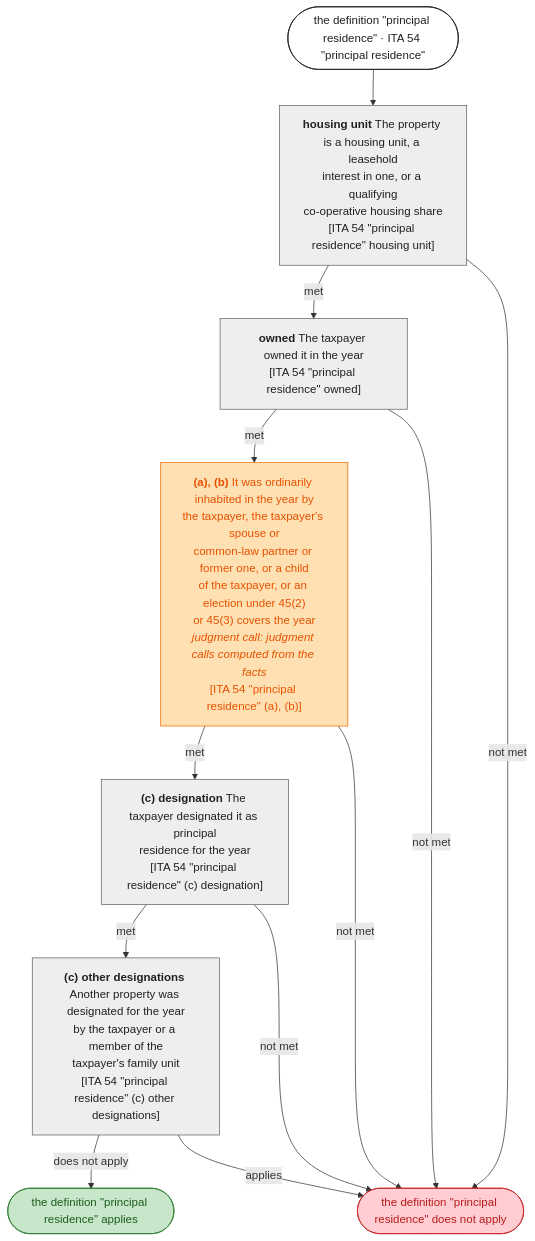
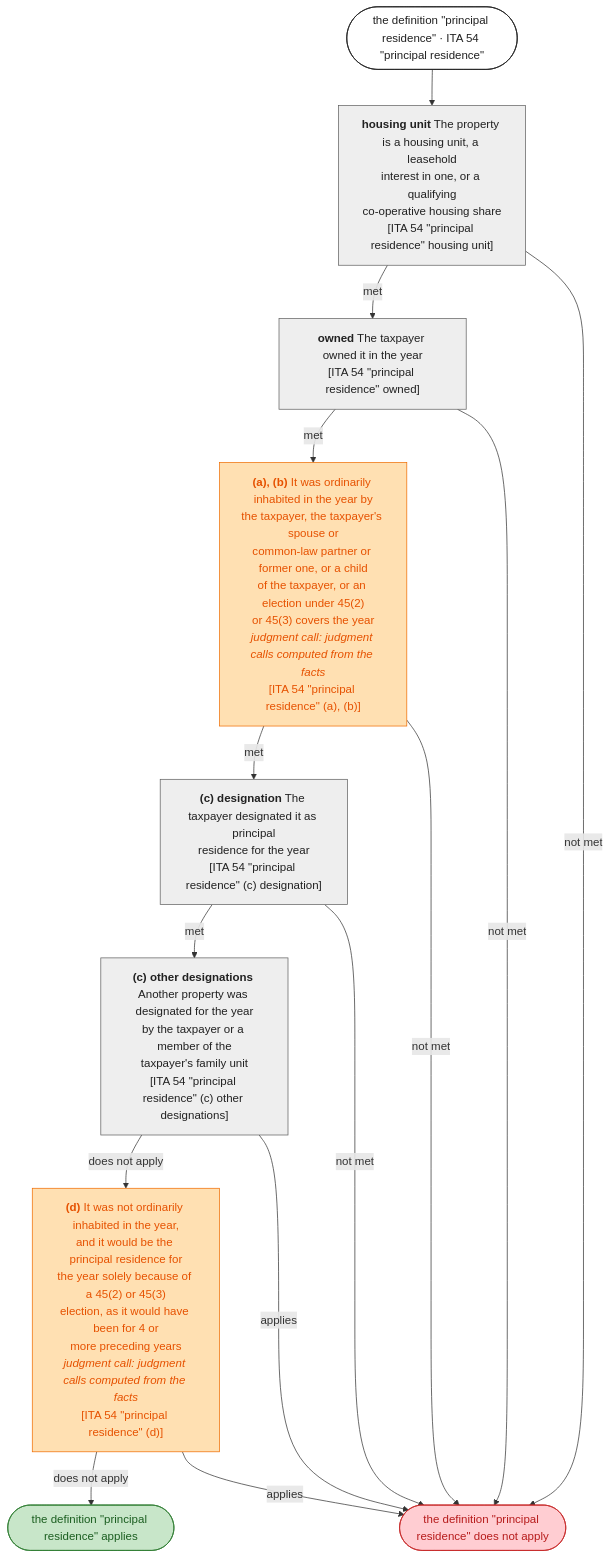
Diagram 11 of 20 in docs/graphs/flowcharts.md (SeanWMurray/Canteen), drawn with Mermaid before and after one commit. The commit also changed other lines of this file and 18 other files, not shown here.

First line of the commit message:
Encode change in use: 45(1) to (4), and principal residence (d)

````diff
--- a/docs/graphs/flowcharts.md
+++ b/docs/graphs/flowcharts.md
@@ -277,28 +277,31 @@
 ```mermaid
 flowchart TD
   S(["the definition #quot;principal residence#quot; · ITA 54 #quot;principal residence#quot;"]):::start
   C0["<b>housing unit</b> The property is a housing unit, a leasehold<br/>interest in one, or a qualifying<br/>co-operative housing share<br/>[ITA 54 #quot;principal residence#quot; housing unit]"]:::fact
   C1["<b>owned</b> The taxpayer owned it in the year<br/>[ITA 54 #quot;principal residence#quot; owned]"]:::fact
   C2["<b>(a), (b)</b> It was ordinarily inhabited in the year by<br/>the taxpayer, the taxpayer's spouse or<br/>common-law partner or former one, or a child<br/>of the taxpayer, or an election under 45(2)<br/>or 45(3) covers the year<br/><i>judgment call: judgment calls computed from the facts</i><br/>[ITA 54 #quot;principal residence#quot; (a), (b)]"]:::judgment
   C3["<b>(c) designation</b> The taxpayer designated it as principal<br/>residence for the year<br/>[ITA 54 #quot;principal residence#quot; (c) designation]"]:::fact
   E0["<b>(c) other designations</b> Another property was designated for the year<br/>by the taxpayer or a member of the<br/>taxpayer's family unit<br/>[ITA 54 #quot;principal residence#quot; (c) other designations]"]:::fact
+  E1["<b>(d)</b> It was not ordinarily inhabited in the year,<br/>and it would be the principal residence for<br/>the year solely because of a 45(2) or 45(3)<br/>election, as it would have been for 4 or<br/>more preceding years<br/><i>judgment call: judgment calls computed from the facts</i><br/>[ITA 54 #quot;principal residence#quot; (d)]"]:::judgment
   Y(["the definition #quot;principal residence#quot; applies"]):::yes
   N(["the definition #quot;principal residence#quot; does not apply"]):::no
   S --> C0
   C0 -->|met| C1
   C0 -->|not met| N
   C1 -->|met| C2
   C1 -->|not met| N
   C2 -->|met| C3
   C2 -->|not met| N
   C3 -->|met| E0
   C3 -->|not met| N
-  E0 -->|does not apply| Y
+  E0 -->|does not apply| E1
   E0 -->|applies| N
+  E1 -->|does not apply| Y
+  E1 -->|applies| N
   classDef fact fill:#eeeeee,stroke:#616161,color:#212121
   classDef judgment fill:#ffe0b2,stroke:#ef6c00,color:#e65100
   classDef rule fill:#bbdefb,stroke:#1565c0,color:#0d47a1
   classDef yes fill:#c8e6c9,stroke:#2e7d32,color:#1b5e20
   classDef no fill:#ffcdd2,stroke:#c62828,color:#b71c1c
   classDef start fill:#ffffff,stroke:#212121,color:#212121
 ```
````
